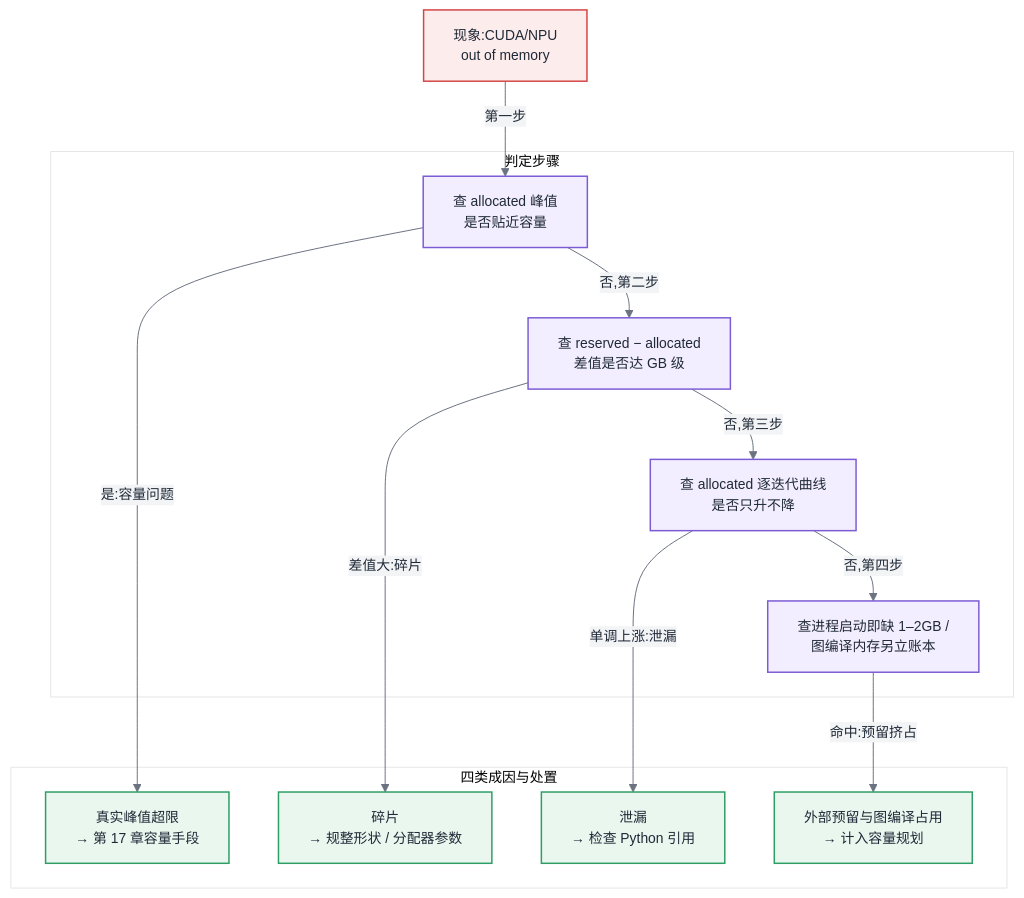
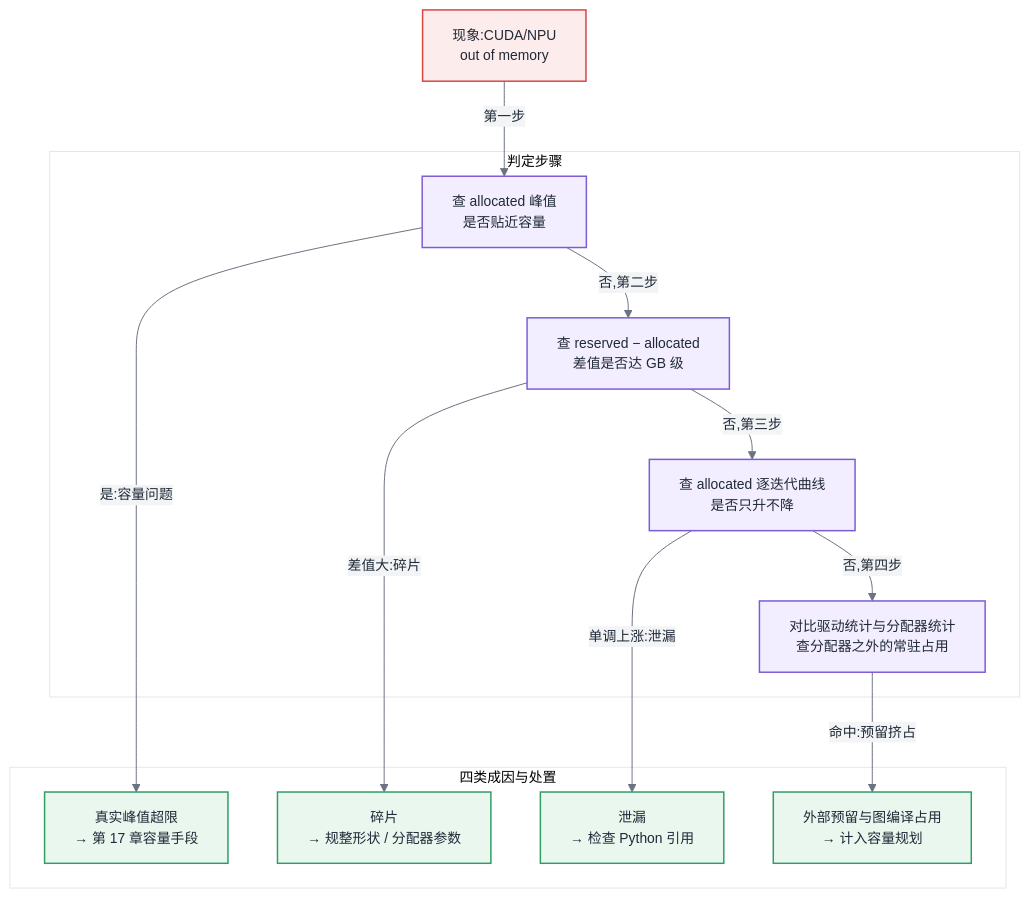
The second of 3 diagrams in 第一部分-基础与心智模型/第05章-CUDA、CANN与加速器软件栈.md (cdavid817/AI-Infra), drawn with Mermaid before and after one commit. The commit also changed other lines of this file and 7 other files, not shown here.

````diff
--- a/第一部分-基础与心智模型/第05章-CUDA、CANN与加速器软件栈.md
+++ b/第一部分-基础与心智模型/第05章-CUDA、CANN与加速器软件栈.md
@@ -187,36 +204,36 @@
 ```mermaid
 %%{init: {'theme':'base','themeVariables':{
   'primaryColor':'#EEF4FF','primaryBorderColor':'#3B6FD4','primaryTextColor':'#1F2937',
   'secondaryColor':'#F3F4F6','tertiaryColor':'#FFFFFF',
   'lineColor':'#6B7280','fontFamily':'-apple-system, Segoe UI, Helvetica, Arial, sans-serif','fontSize':'14px'
 }}}%%
 flowchart TB
     classDef bottleneck fill:#FDECEC,stroke:#D64545,stroke-width:1.5px,color:#1F2937
     classDef store fill:#E9F7EF,stroke:#2E9E64,stroke-width:1.5px,color:#1F2937
     classDef ctrl fill:#F3EEFF,stroke:#7C5CD4,stroke-width:1.5px,color:#1F2937
 
     OOM["现象:CUDA/NPU<br/>out of memory"]:::bottleneck
 
     subgraph 判定步骤
         Q1["查 allocated 峰值<br/>是否贴近容量"]:::ctrl
         Q2["查 reserved − allocated<br/>差值是否达 GB 级"]:::ctrl
         Q3["查 allocated 逐迭代曲线<br/>是否只升不降"]:::ctrl
-        Q4["查进程启动即缺 1–2GB /<br/>图编译内存另立账本"]:::ctrl
+        Q4["对比驱动统计与分配器统计<br/>查分配器之外的常驻占用"]:::ctrl
     end
 
     subgraph 四类成因与处置
         R1["真实峰值超限<br/>→ 第 17 章容量手段"]:::store
         R2["碎片<br/>→ 规整形状 / 分配器参数"]:::store
         R3["泄漏<br/>→ 检查 Python 引用"]:::store
         R4["外部预留与图编译占用<br/>→ 计入容量规划"]:::store
     end
 
     OOM -->|"第一步"| Q1
     Q1 -->|"是:容量问题"| R1
     Q1 -->|"否,第二步"| Q2
     Q2 -->|"差值大:碎片"| R2
     Q2 -->|"否,第三步"| Q3
     Q3 -->|"单调上涨:泄漏"| R3
     Q3 -->|"否,第四步"| Q4
     Q4 -->|"命中:预留挤占"| R4
 ```
````
